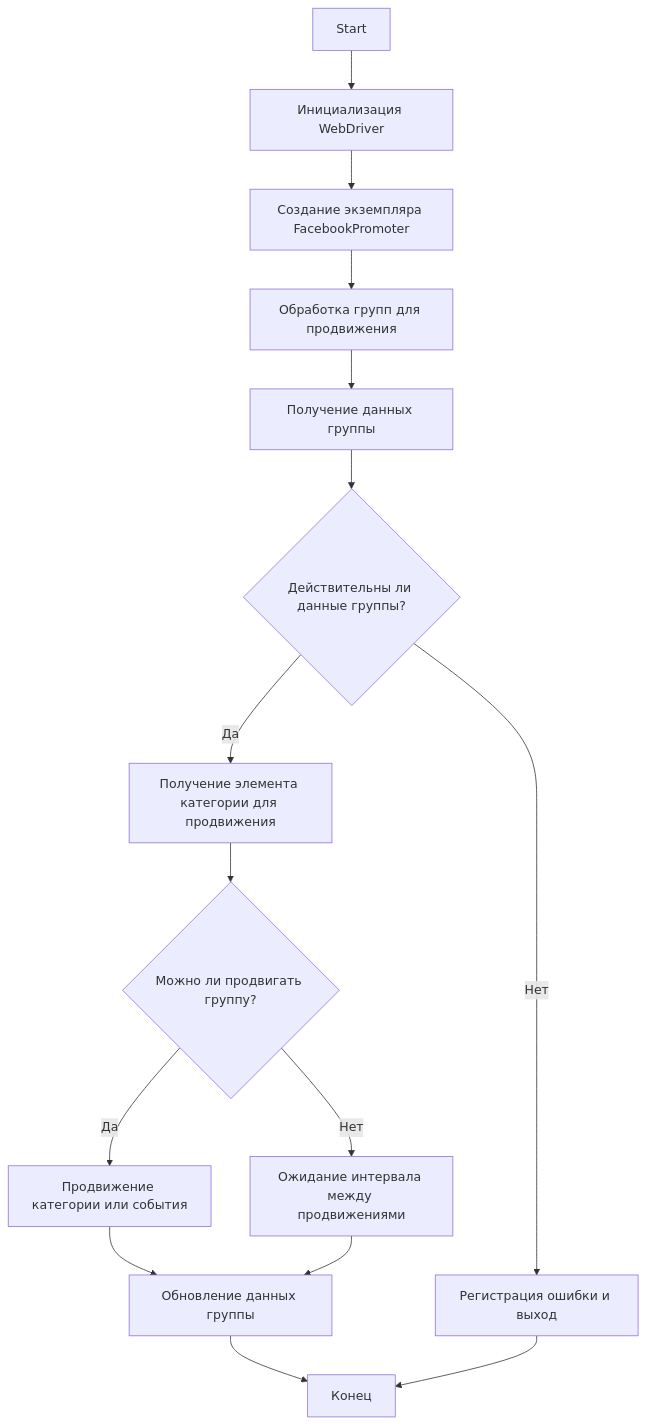
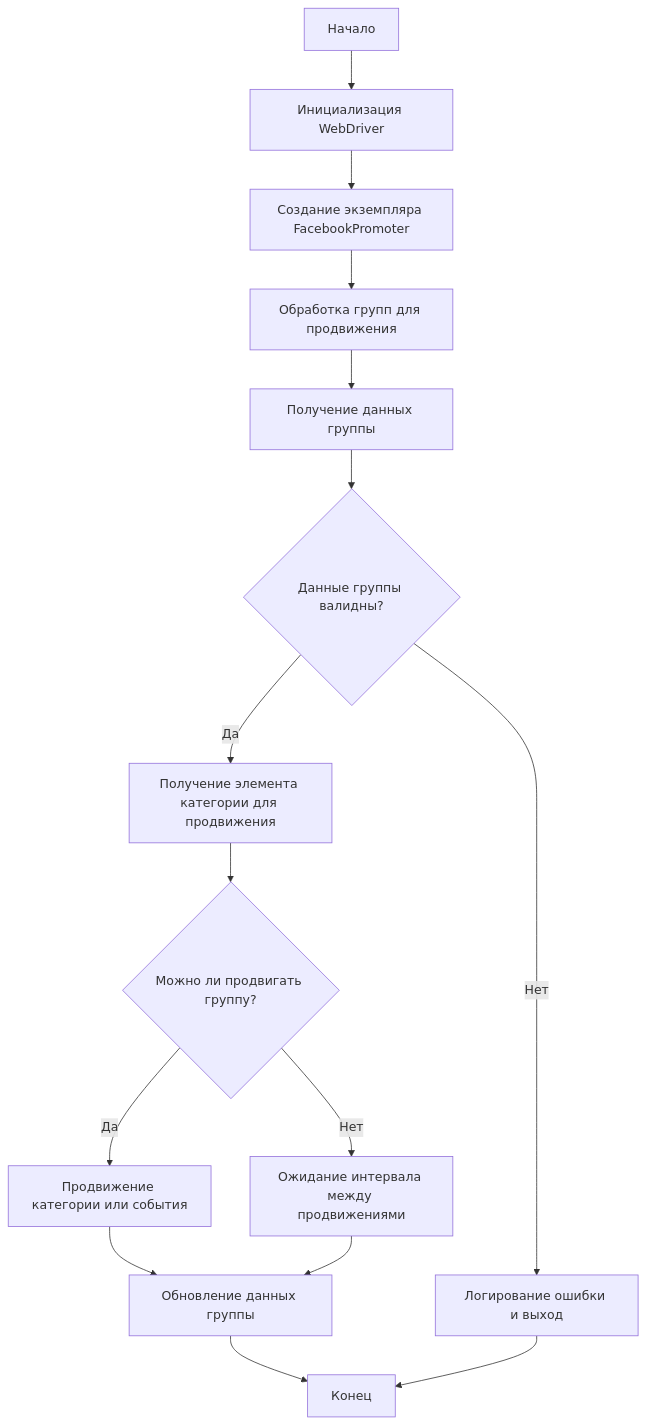
One commit to hypo69/hypo changed the diagram in docs/gemini/ru/doc/src/endpoints/advertisement/facebook/promoter.md. Above: the diagram before and after it, drawn with Mermaid. The commit also changed other lines of this file and 161 other files, not shown here.

````diff
--- a/docs/gemini/ru/doc/src/endpoints/advertisement/facebook/promoter.md
+++ b/docs/gemini/ru/doc/src/endpoints/advertisement/facebook/promoter.md
@@ -27,17 +27,17 @@
 ```mermaid
 flowchart TD
-    A[Start] --> B[Инициализация WebDriver];
+    A[Начало] --> B[Инициализация WebDriver];
     B --> C[Создание экземпляра FacebookPromoter];
     C --> D[Обработка групп для продвижения];
     D --> E[Получение данных группы];
-    E --> F{Действительны ли данные группы?};
+    E --> F{Данные группы валидны?};
     F -- Да --> G[Получение элемента категории для продвижения];
-    F -- Нет --> H[Регистрация ошибки и выход];
+    F -- Нет --> H[Логирование ошибки и выход];
     G --> I{Можно ли продвигать группу?};
     I -- Да --> J[Продвижение категории или события];
     I -- Нет --> K[Ожидание интервала между продвижениями];
     J --> L[Обновление данных группы];
     K --> L;
     L --> M[Конец];
     H --> M;
 ```
````
